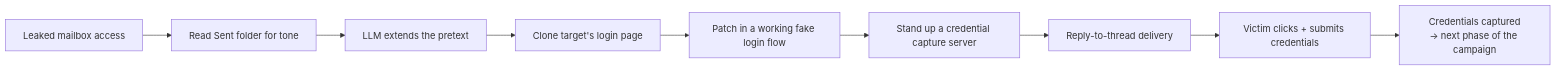
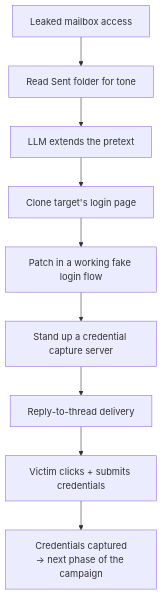
One commit to nekodas-neko/OSCP_STUDY changed the diagram in OSCP-Vault/Phishing Basics/_index.md. Above: the diagram before and after it, drawn with Mermaid. The commit also changed 2 other files, not shown here.

Commit message:
Switch wide flowchart LR diagrams to TD to fix pane overflow
LR diagrams were getting cut off in narrower Obsidian panes. Converted the
3 affected diagrams (Phishing wrap-up, Cheat Sheet phase-flow, Encoding
filter-bypass) to top-down so they render fully without horizontal scroll.

Claude-Session: https://claude.ai/code/session_01P5wxRiQK91uanmr1Qn8ADt

````diff
--- a/OSCP-Vault/Phishing Basics/_index.md
+++ b/OSCP-Vault/Phishing Basics/_index.md
@@ -34,11 +34,11 @@
 ```mermaid
-flowchart LR
+flowchart TD
     A["Leaked mailbox access"] --> B["Read Sent folder for tone"]
     B --> C["LLM extends the pretext"]
     C --> D["Clone target's login page"]
     D --> E["Patch in a working fake login flow"]
     E --> F["Stand up a credential capture server"]
     F --> G["Reply-to-thread delivery"]
     G --> H["Victim clicks + submits credentials"]
     H --> I["Credentials captured<br/>→ next phase of the campaign"]
 ```
````
